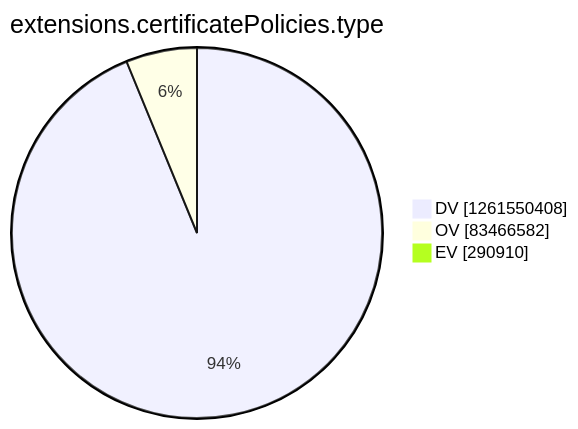
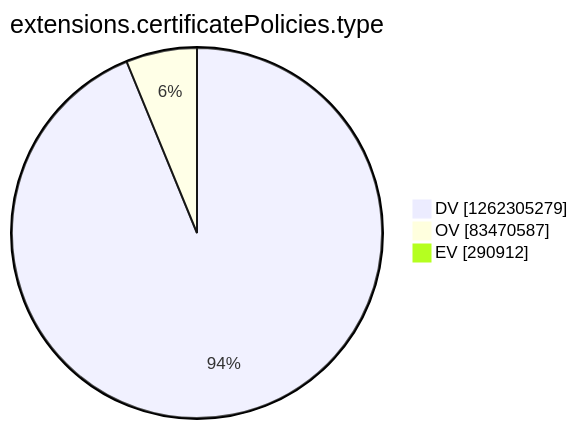
The tenth of 15 diagrams in argon2022/README.md (christiankrug/ctmonitor_visualization), drawn with Mermaid before and after one commit. The commit also changed other lines of this file, not shown here.

````diff
--- a/argon2022/README.md
+++ b/argon2022/README.md
@@ -2771,7 +2771,7 @@
 ```mermaid
 pie showData
 title extensions.certificatePolicies.type
-"DV" :1261550408
-"OV" :83466582
-"EV" :290910
+"DV" :1262305279
+"OV" :83470587
+"EV" :290912
 ```
````
